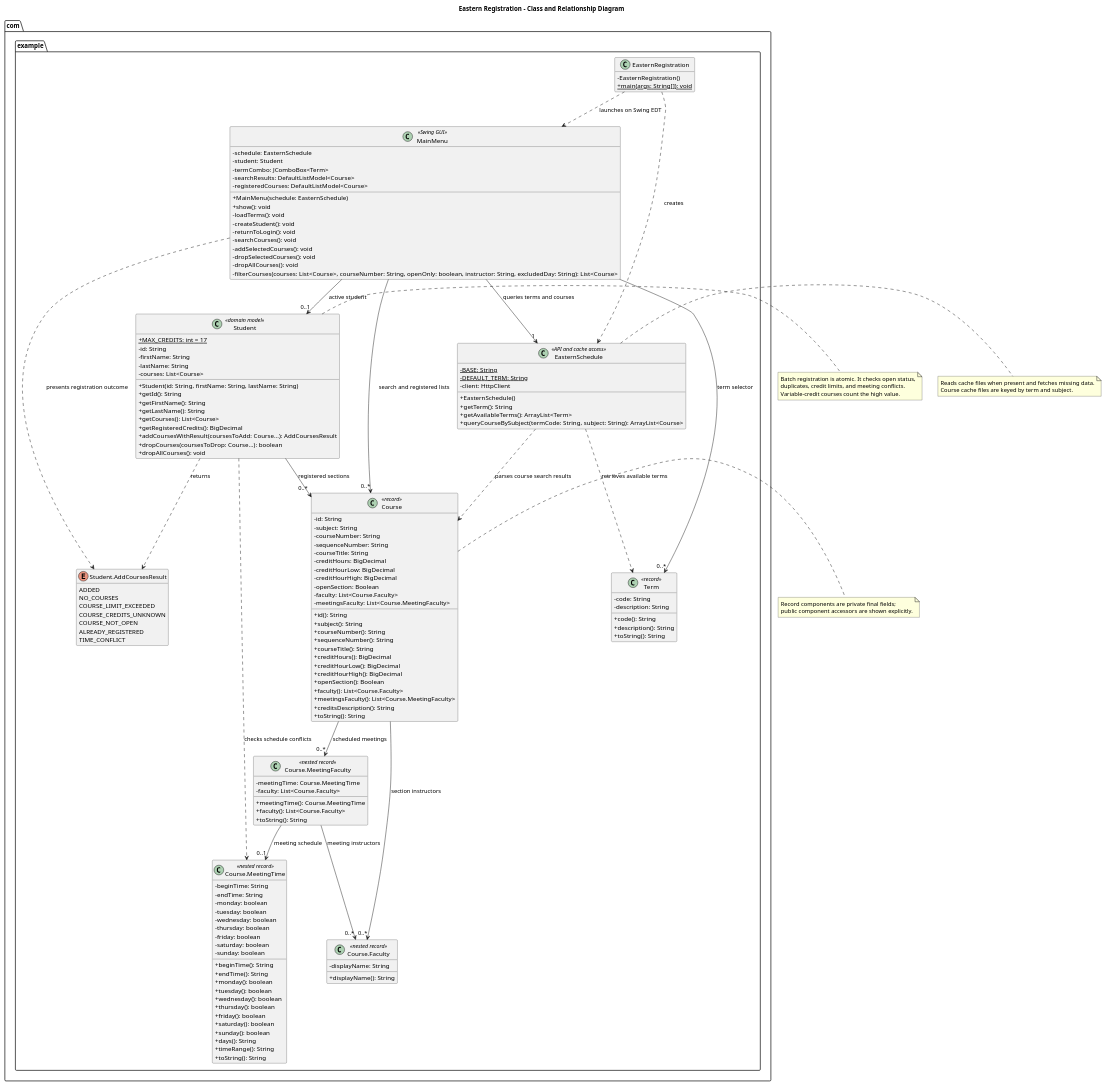
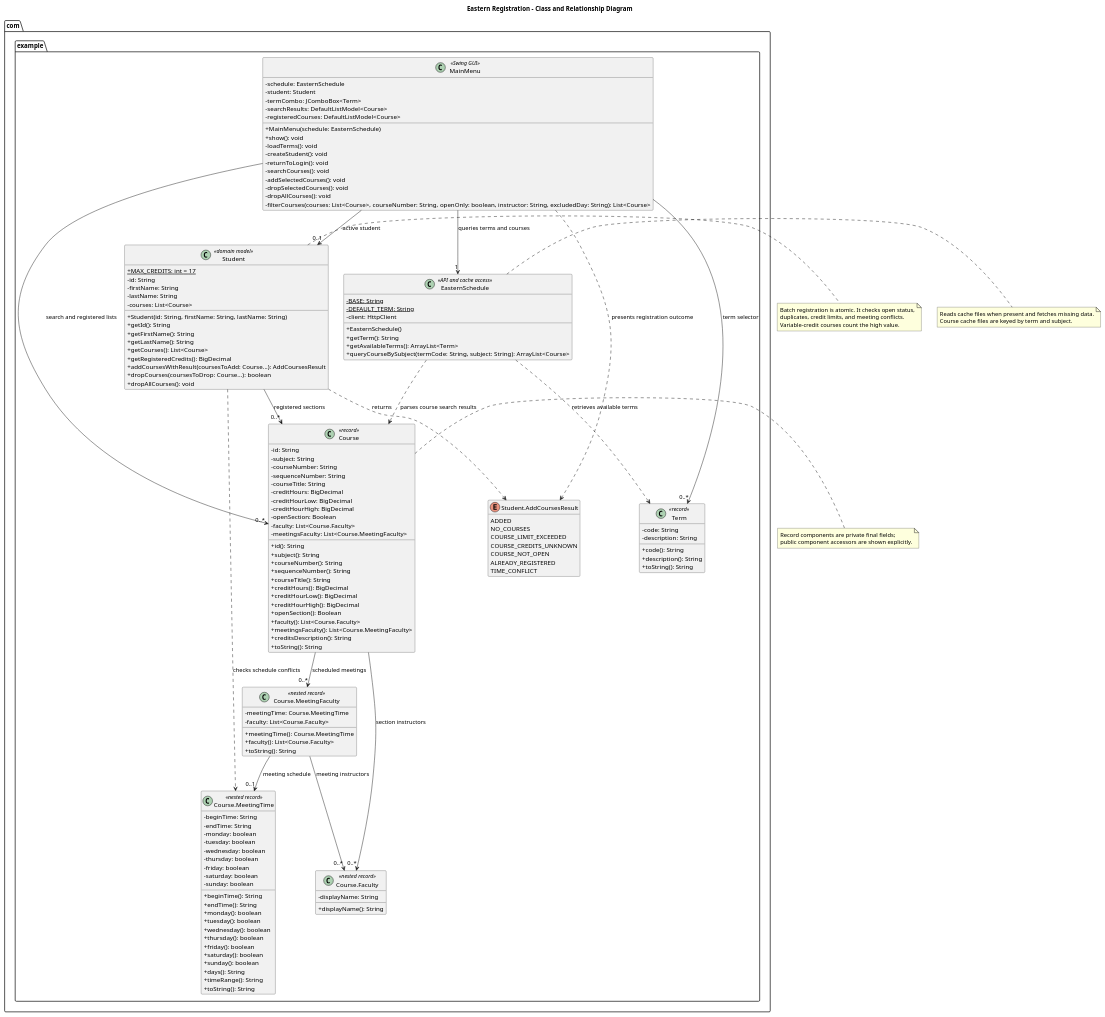
Before and after one commit to Jus10School/easternRegistration: the diagram in demo/docs/easternRegistration.puml, drawn with PlantUML. The commit also changed 1 other file, not shown here.

```diff
--- a/demo/docs/easternRegistration.puml
+++ b/demo/docs/easternRegistration.puml
@@ -1,177 +1,169 @@
 @startuml
 title Eastern Registration - Class and Relationship Diagram
 hide empty members
 skinparam classAttributeIconSize 0
 
 package "com.example" {
-  class EasternRegistration {
-    - EasternRegistration()
-    +{static} main(args: String[]): void
-  }
-
   class MainMenu <<Swing GUI>> {
     - schedule: EasternSchedule
     - student: Student
     - termCombo: JComboBox<Term>
     - searchResults: DefaultListModel<Course>
     - registeredCourses: DefaultListModel<Course>
     + MainMenu(schedule: EasternSchedule)
     + show(): void
     - loadTerms(): void
     - createStudent(): void
     - returnToLogin(): void
     - searchCourses(): void
     - addSelectedCourses(): void
     - dropSelectedCourses(): void
     - dropAllCourses(): void
     - filterCourses(courses: List<Course>, courseNumber: String, openOnly: boolean, instructor: String, excludedDay: String): List<Course>
   }
 
   class EasternSchedule <<API and cache access>> {
     -{static} BASE: String
     -{static} DEFAULT_TERM: String
     - client: HttpClient
     + EasternSchedule()
     + getTerm(): String
     + getAvailableTerms(): ArrayList<Term>
     + queryCourseBySubject(termCode: String, subject: String): ArrayList<Course>
   }
 
   class Student <<domain model>> {
     +{static} MAX_CREDITS: int = 17
     - id: String
     - firstName: String
     - lastName: String
     - courses: List<Course>
     + Student(id: String, firstName: String, lastName: String)
     + getId(): String
     + getFirstName(): String
     + getLastName(): String
     + getCourses(): List<Course>
     + getRegisteredCredits(): BigDecimal
     + addCoursesWithResult(coursesToAdd: Course...): AddCoursesResult
     + dropCourses(coursesToDrop: Course...): boolean
     + dropAllCourses(): void
   }
 
   enum "Student.AddCoursesResult" as AddCoursesResult {
     ADDED
     NO_COURSES
     COURSE_LIMIT_EXCEEDED
     COURSE_CREDITS_UNKNOWN
     COURSE_NOT_OPEN
     ALREADY_REGISTERED
     TIME_CONFLICT
   }
 
   class Course <<record>> {
     - id: String
     - subject: String
     - courseNumber: String
     - sequenceNumber: String
     - courseTitle: String
     - creditHours: BigDecimal
     - creditHourLow: BigDecimal
     - creditHourHigh: BigDecimal
     - openSection: Boolean
     - faculty: List<Course.Faculty>
     - meetingsFaculty: List<Course.MeetingFaculty>
     + id(): String
     + subject(): String
     + courseNumber(): String
     + sequenceNumber(): String
     + courseTitle(): String
     + creditHours(): BigDecimal
     + creditHourLow(): BigDecimal
     + creditHourHigh(): BigDecimal
     + openSection(): Boolean
     + faculty(): List<Course.Faculty>
     + meetingsFaculty(): List<Course.MeetingFaculty>
     + creditsDescription(): String
     + toString(): String
   }
 
   class "Course.Faculty" as CourseFaculty <<nested record>> {
     - displayName: String
     + displayName(): String
   }
 
   class "Course.MeetingFaculty" as MeetingFaculty <<nested record>> {
     - meetingTime: Course.MeetingTime
     - faculty: List<Course.Faculty>
     + meetingTime(): Course.MeetingTime
     + faculty(): List<Course.Faculty>
     + toString(): String
   }
 
   class "Course.MeetingTime" as MeetingTime <<nested record>> {
     - beginTime: String
     - endTime: String
     - monday: boolean
     - tuesday: boolean
     - wednesday: boolean
     - thursday: boolean
     - friday: boolean
     - saturday: boolean
     - sunday: boolean
     + beginTime(): String
     + endTime(): String
     + monday(): boolean
     + tuesday(): boolean
     + wednesday(): boolean
     + thursday(): boolean
     + friday(): boolean
     + saturday(): boolean
     + sunday(): boolean
     + days(): String
     + timeRange(): String
     + toString(): String
   }
 
   class Term <<record>> {
     - code: String
     - description: String
     + code(): String
     + description(): String
     + toString(): String
   }
 }
 
-EasternRegistration ..> EasternSchedule : creates
-EasternRegistration ..> MainMenu : launches on Swing EDT
-
 MainMenu --> "1" EasternSchedule : queries terms and courses
 MainMenu --> "0..1" Student : active student
 MainMenu --> "0..*" Term : term selector
 MainMenu --> "0..*" Course : search and registered lists
 MainMenu ..> AddCoursesResult : presents registration outcome
 
 Student --> "0..*" Course : registered sections
 Student ..> AddCoursesResult : returns
 Student ..> MeetingTime : checks schedule conflicts
 
 Course --> "0..*" CourseFaculty : section instructors
 Course --> "0..*" MeetingFaculty : scheduled meetings
 MeetingFaculty --> "0..1" MeetingTime : meeting schedule
 MeetingFaculty --> "0..*" CourseFaculty : meeting instructors
 
 EasternSchedule ..> Term : retrieves available terms
 EasternSchedule ..> Course : parses course search results
 
 note right of Course
   Record components are private final fields;
   public component accessors are shown explicitly.
 end note
 
 note right of Student
   Batch registration is atomic. It checks open status,
   duplicates, credit limits, and meeting conflicts.
   Variable-credit courses count the high value.
 end note
 
 note right of EasternSchedule
   Reads cache files when present and fetches missing data.
   Course cache files are keyed by term and subject.
 end note
 
 @enduml
```
